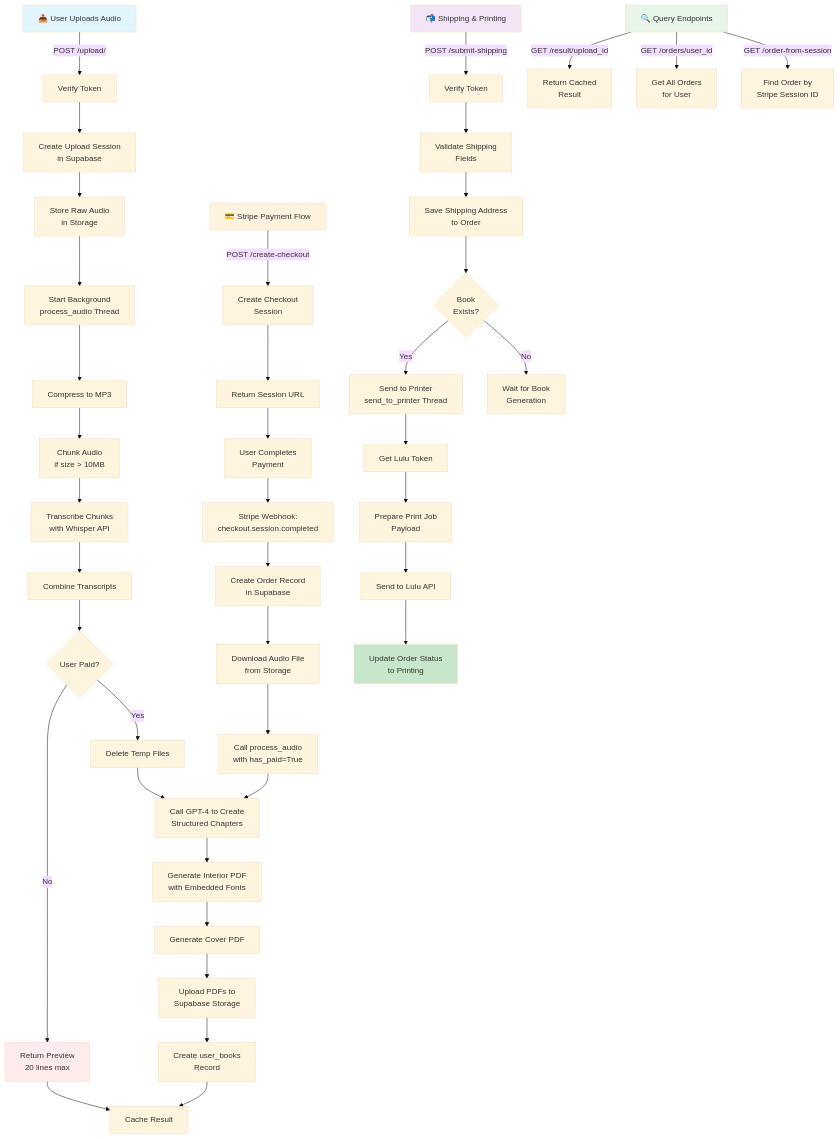
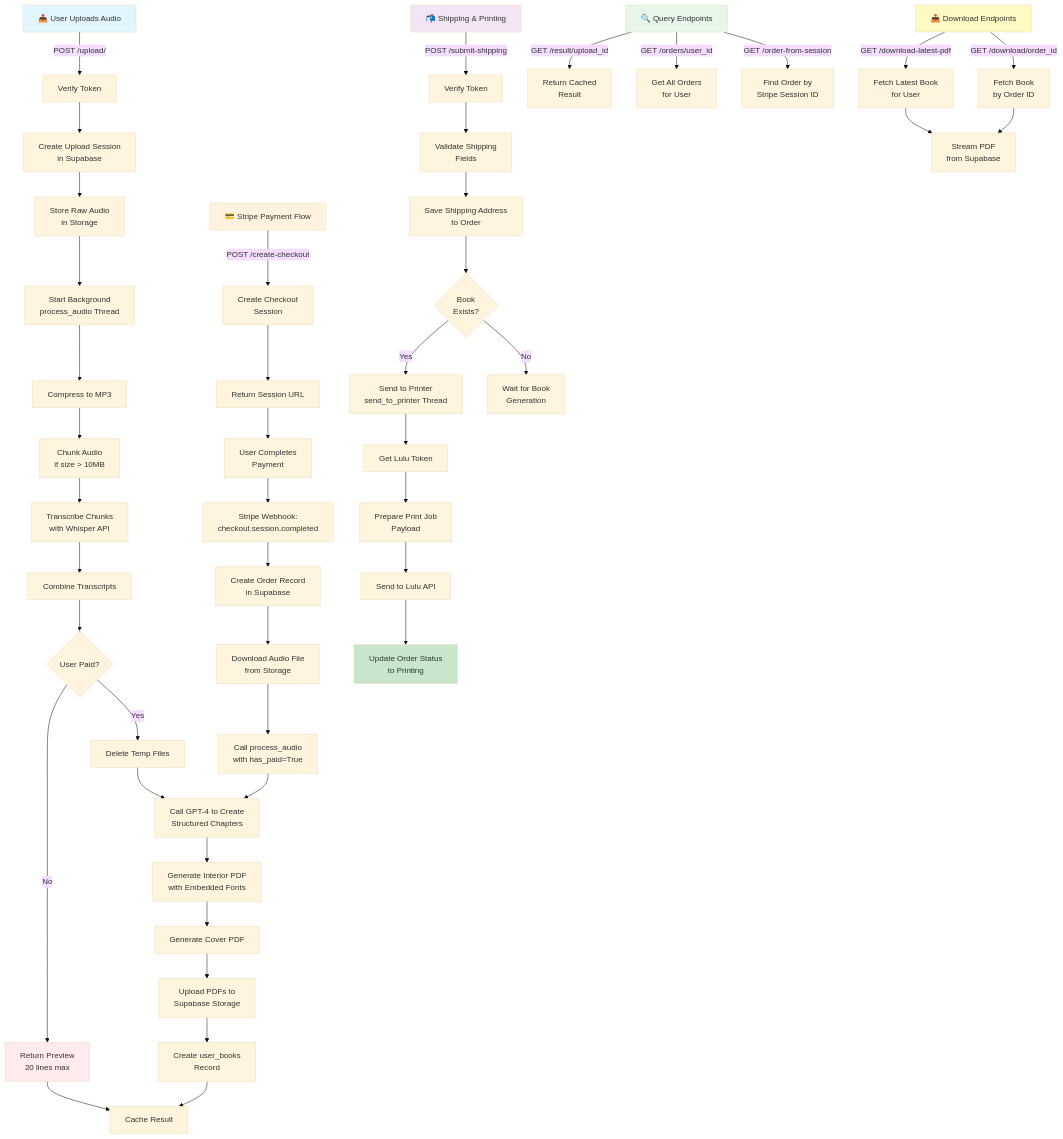
The diagram in flow_diagram.mmd (clayms99/Chapter_Backend), drawn with Mermaid (base theme) before and after one commit. The commit also changed 1 other file, not shown here.

Commit message:
Add README.md and update flow_diagram.mmd with download endpoints

```diff
--- a/flow_diagram.mmd
+++ b/flow_diagram.mmd
@@ -1,54 +1,60 @@
 graph TD
     A["📤 User Uploads Audio"] -->|POST /upload/| B["Verify Token"]
     B --> C["Create Upload Session<br/>in Supabase"]
     C --> D["Store Raw Audio<br/>in Storage"]
     D --> E["Start Background<br/>process_audio Thread"]
     
     E --> F["Compress to MP3"]
     F --> G["Chunk Audio<br/>if size > 10MB"]
     G --> H["Transcribe Chunks<br/>with Whisper API"]
     H --> I["Combine Transcripts"]
     
     I --> J{User Paid?}
     J -->|No| K["Return Preview<br/>20 lines max"]
     K --> L["Cache Result"]
     
     J -->|Yes| M["Delete Temp Files"]
     M --> N["Call GPT-4 to Create<br/>Structured Chapters"]
     N --> O["Generate Interior PDF<br/>with Embedded Fonts"]
     O --> P["Generate Cover PDF"]
     P --> Q["Upload PDFs to<br/>Supabase Storage"]
     Q --> R["Create user_books<br/>Record"]
     R --> L
     
     S["💳 Stripe Payment Flow"] -->|POST /create-checkout| T["Create Checkout<br/>Session"]
     T --> U["Return Session URL"]
     U --> V["User Completes<br/>Payment"]
     V --> W["Stripe Webhook:<br/>checkout.session.completed"]
     W --> X["Create Order Record<br/>in Supabase"]
     X --> Y["Download Audio File<br/>from Storage"]
     Y --> Z["Call process_audio<br/>with has_paid=True"]
     Z --> N
     
     AA["📬 Shipping & Printing"] -->|POST /submit-shipping| AB["Verify Token"]
     AB --> AC["Validate Shipping<br/>Fields"]
     AC --> AD["Save Shipping Address<br/>to Order"]
     AD --> AE{Book<br/>Exists?}
     AE -->|Yes| AF["Send to Printer<br/>send_to_printer Thread"]
     AE -->|No| AG["Wait for Book<br/>Generation"]
     
     AF --> AH["Get Lulu Token"]
     AH --> AI["Prepare Print Job<br/>Payload"]
     AI --> AJ["Send to Lulu API"]
     AJ --> AK["Update Order Status<br/>to Printing"]
     
     AL["🔍 Query Endpoints"] -->|GET /result/upload_id| AM["Return Cached<br/>Result"]
     AL -->|GET /orders/user_id| AN["Get All Orders<br/>for User"]
     AL -->|GET /order-from-session| AO["Find Order by<br/>Stripe Session ID"]
+
+    AP["📥 Download Endpoints"] -->|GET /download-latest-pdf| AQ["Fetch Latest Book<br/>for User"]
+    AP -->|GET /download/order_id| AR["Fetch Book<br/>by Order ID"]
+    AQ --> AS["Stream PDF<br/>from Supabase"]
+    AR --> AS
     
     style A fill:#e1f5ff
     style S fill:#fff3e0
     style AA fill:#f3e5f5
     style AL fill:#e8f5e9
+    style AP fill:#fff9c4
     style K fill:#ffebee
     style AK fill:#c8e6c9
```
